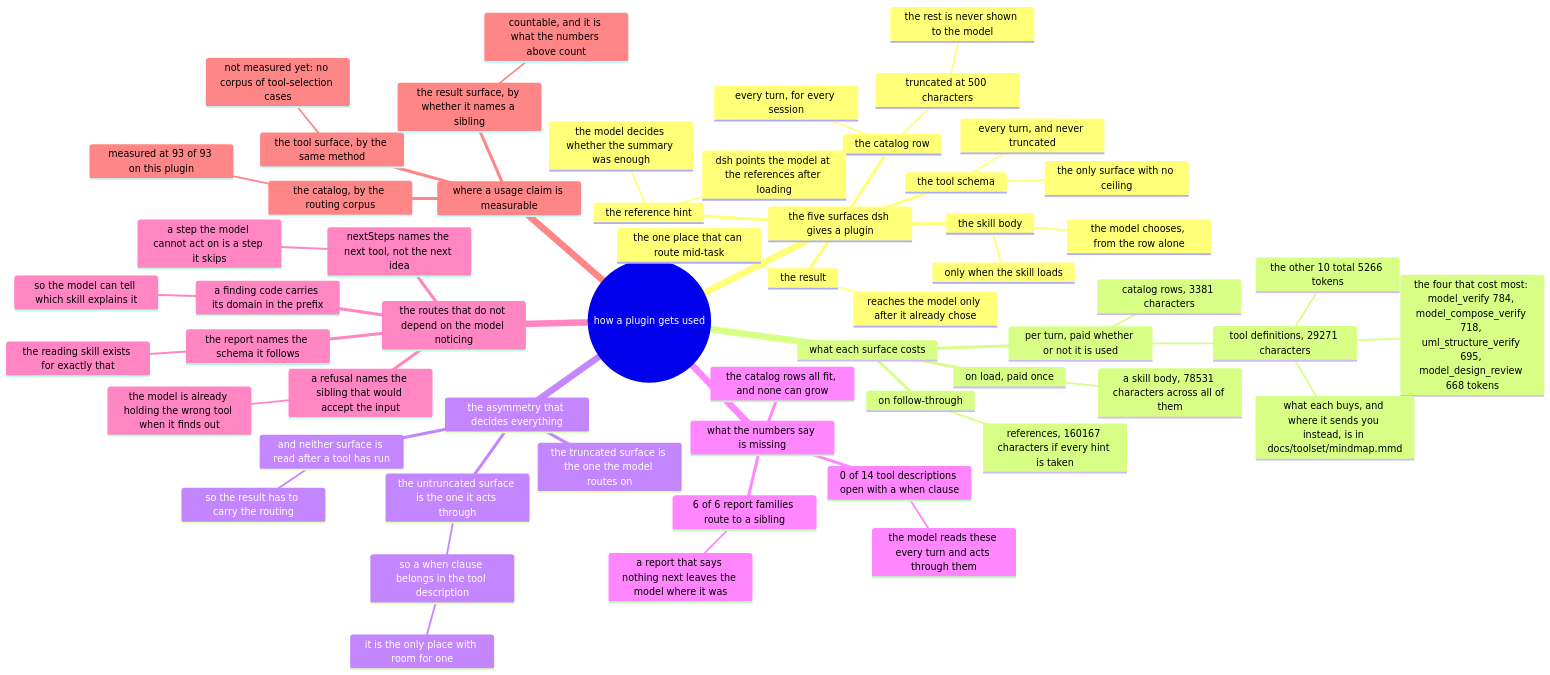
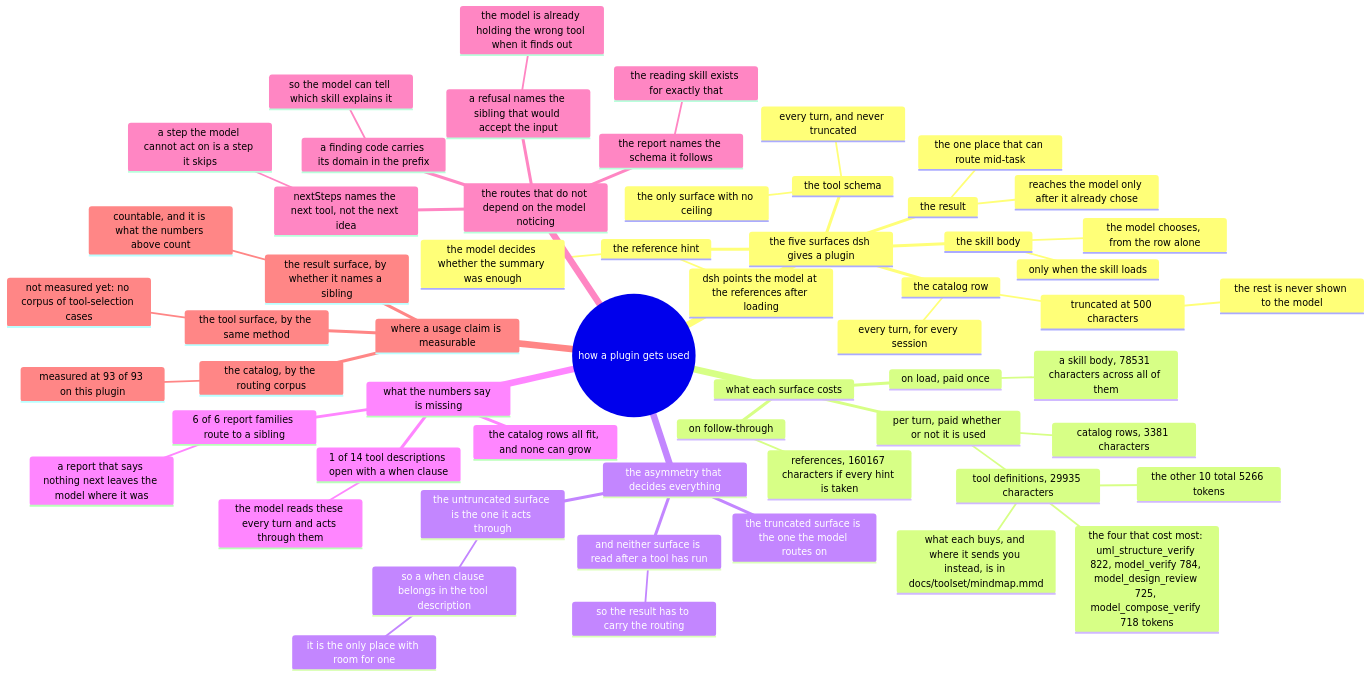
Before and after one commit to AmethystLuna/dsh-model-everything: the diagram in docs/usage/mindmap.mmd, drawn with Mermaid. The commit also changed 12 other files, not shown here.

```diff
--- a/docs/usage/mindmap.mmd
+++ b/docs/usage/mindmap.mmd
@@ -1,59 +1,59 @@
 mindmap
 root((how a plugin gets used))
   the five surfaces dsh gives a plugin
     the catalog row
       every turn, for every session
       truncated at 500 characters
         the rest is never shown to the model
     the skill body
       only when the skill loads
       the model chooses, from the row alone
     the reference hint
       dsh points the model at the references after loading
       the model decides whether the summary was enough
     the tool schema
       every turn, and never truncated
       the only surface with no ceiling
     the result
       reaches the model only after it already chose
       the one place that can route mid-task
   what each surface costs
     per turn, paid whether or not it is used
       catalog rows, 3381 characters
-      tool definitions, 29271 characters
-        the four that cost most: model_verify 784, model_compose_verify 718, uml_structure_verify 695, model_design_review 668 tokens
+      tool definitions, 29935 characters
+        the four that cost most: uml_structure_verify 822, model_verify 784, model_design_review 725, model_compose_verify 718 tokens
         the other 10 total 5266 tokens
         what each buys, and where it sends you instead, is in docs/toolset/mindmap.mmd
     on load, paid once
       a skill body, 78531 characters across all of them
     on follow-through
       references, 160167 characters if every hint is taken
   the asymmetry that decides everything
     the truncated surface is the one the model routes on
     the untruncated surface is the one it acts through
       so a when clause belongs in the tool description
         it is the only place with room for one
     and neither surface is read after a tool has run
       so the result has to carry the routing
   what the numbers say is missing
-    0 of 14 tool descriptions open with a when clause
+    1 of 14 tool descriptions open with a when clause
       the model reads these every turn and acts through them
     6 of 6 report families route to a sibling
       a report that says nothing next leaves the model where it was
     the catalog rows all fit, and none can grow
   the routes that do not depend on the model noticing
     a refusal names the sibling that would accept the input
       the model is already holding the wrong tool when it finds out
     nextSteps names the next tool, not the next idea
       a step the model cannot act on is a step it skips
     a finding code carries its domain in the prefix
       so the model can tell which skill explains it
     the report names the schema it follows
       the reading skill exists for exactly that
   where a usage claim is measurable
     the catalog, by the routing corpus
       measured at 93 of 93 on this plugin
     the tool surface, by the same method
       not measured yet: no corpus of tool-selection cases
     the result surface, by whether it names a sibling
       countable, and it is what the numbers above count
```
